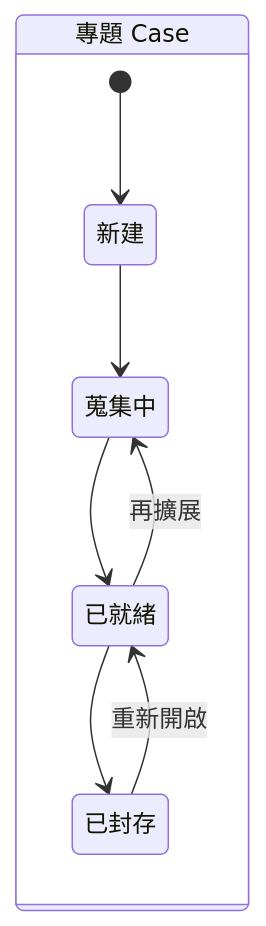
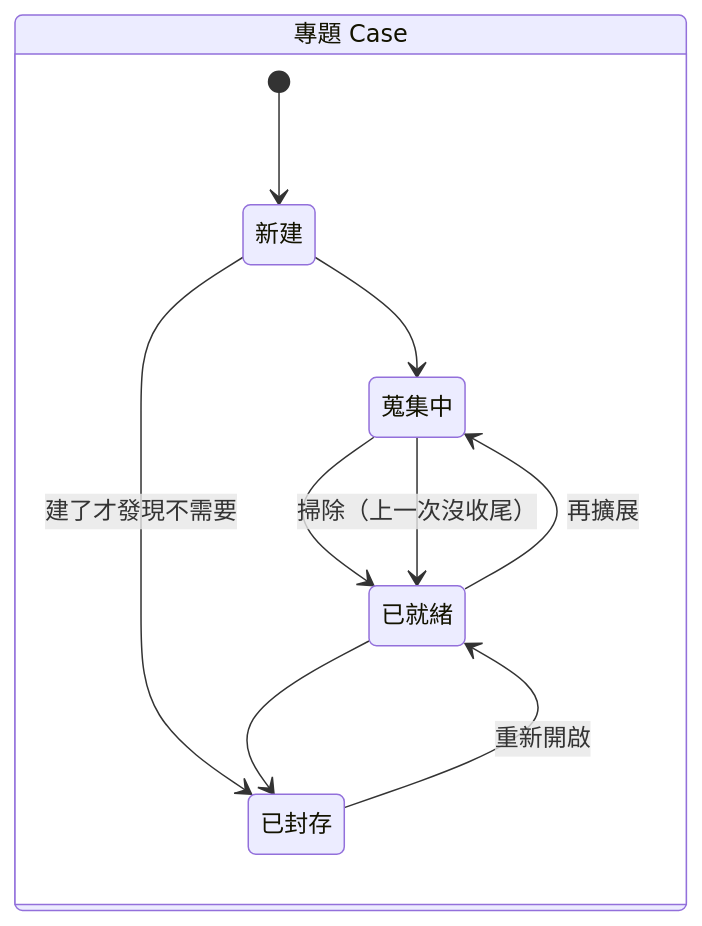
One commit to SpringRain555/cyclosa changed the first of 4 diagrams in docs/architecture/state-machines.md. Above: the diagram before and after it, drawn with Mermaid. The commit also changed other lines of this file and 29 other files, not shown here.

````diff
--- a/docs/architecture/state-machines.md
+++ b/docs/architecture/state-machines.md
@@ -18,12 +18,14 @@
 ```mermaid
 stateDiagram-v2
   direction LR
   state "專題 Case" as C {
     [*] --> 新建
     新建 --> 蒐集中
+    新建 --> 已封存 : 建了才發現不需要
     蒐集中 --> 已就緒
+    蒐集中 --> 已就緒 : 掃除（上一次沒收尾）
     已就緒 --> 蒐集中 : 再擴展
     已就緒 --> 已封存
     已封存 --> 已就緒 : 重新開啟
   }
 ```
````
